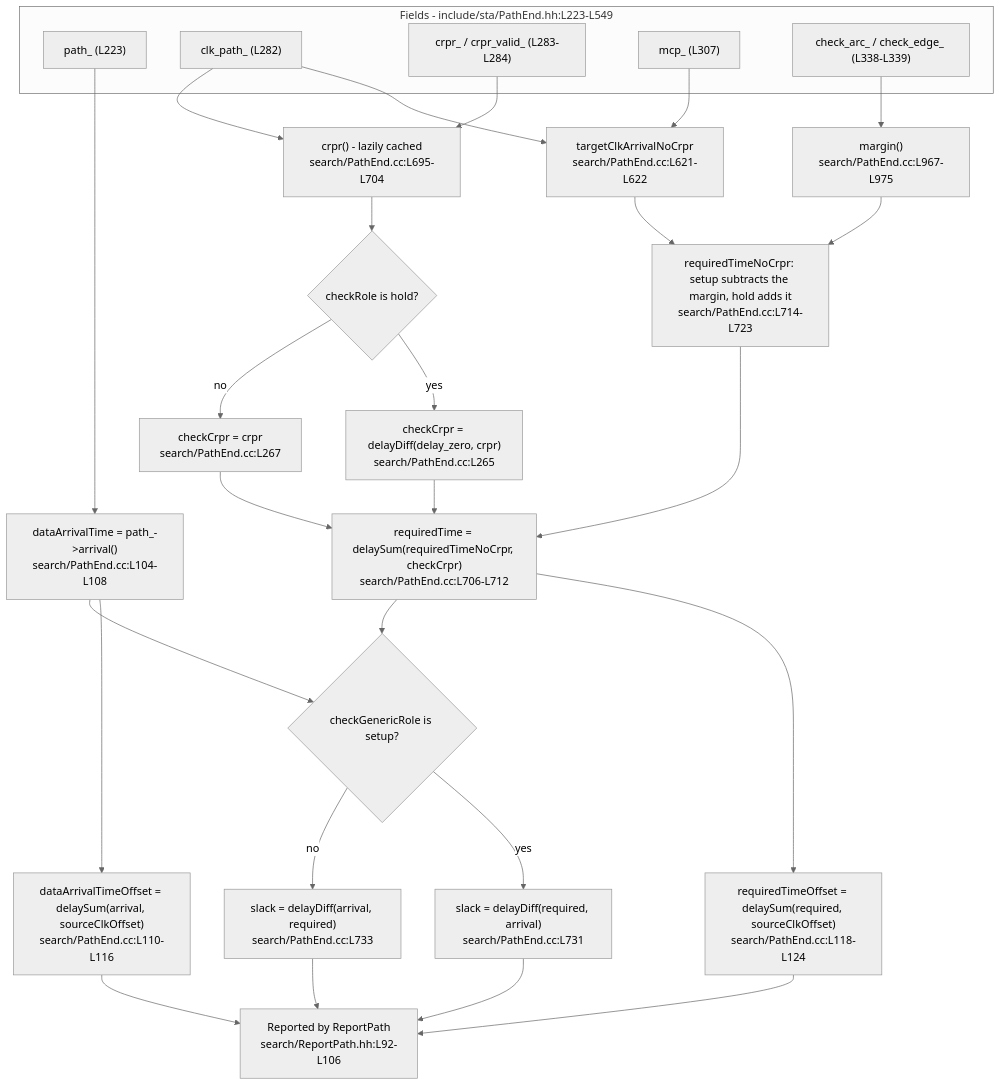
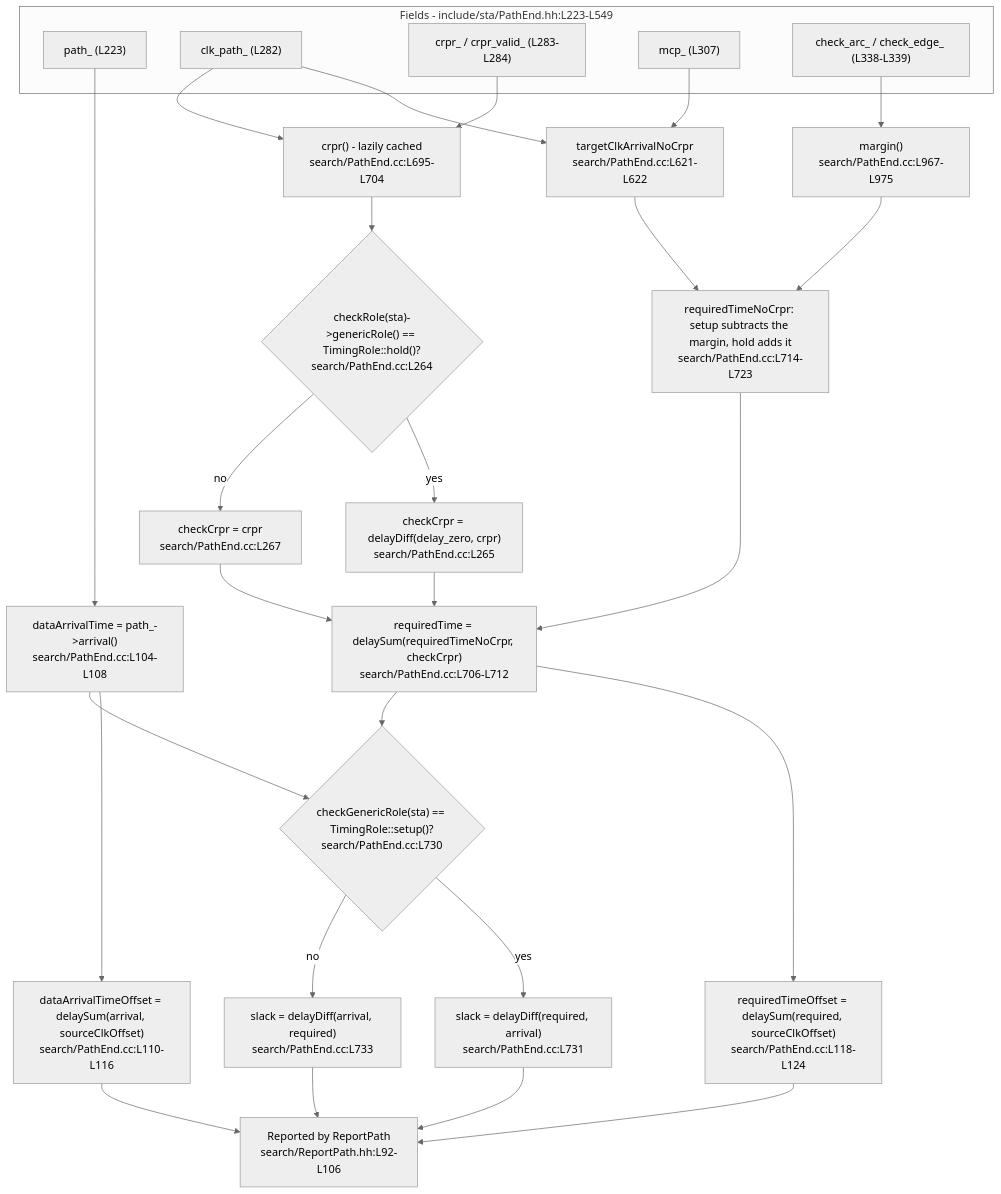
Before and after one commit to blitzy-research/OpenSTA: the fourth of 4 diagrams in search/PathEnd.md, drawn with Mermaid (neutral theme). The commit also changed other lines of this file, not shown here.

First line of the commit message:
Address code review findings in search/PathEnd.md

````diff
--- a/search/PathEnd.md
+++ b/search/PathEnd.md
@@ -951,34 +997,34 @@
 ```mermaid
 flowchart TD
     subgraph fields["Fields - include/sta/PathEnd.hh:L223-L549"]
         P["path_ (L223)"]
         C["clk_path_ (L282)"]
         CR["crpr_ / crpr_valid_ (L283-L284)"]
         M["mcp_ (L307)"]
         A["check_arc_ / check_edge_ (L338-L339)"]
     end
     P --> DA["dataArrivalTime = path_->arrival()<br/>search/PathEnd.cc:L104-L108"]
     DA --> DAO["dataArrivalTimeOffset = delaySum(arrival, sourceClkOffset)<br/>search/PathEnd.cc:L110-L116"]
     C --> TCA["targetClkArrivalNoCrpr<br/>search/PathEnd.cc:L621-L622"]
     M --> TCA
     C --> CRPR["crpr() - lazily cached<br/>search/PathEnd.cc:L695-L704"]
     CR --> CRPR
-    CRPR --> SIGN{"checkRole is hold?"}
+    CRPR --> SIGN{"checkRole(sta)-&gt;genericRole() == TimingRole::hold()?<br/>search/PathEnd.cc:L264"}
     SIGN -->|yes| NEG["checkCrpr = delayDiff(delay_zero, crpr)<br/>search/PathEnd.cc:L265"]
     SIGN -->|no| POS["checkCrpr = crpr<br/>search/PathEnd.cc:L267"]
     A --> MG["margin()<br/>search/PathEnd.cc:L967-L975"]
     TCA --> RTN["requiredTimeNoCrpr: setup subtracts the margin, hold adds it<br/>search/PathEnd.cc:L714-L723"]
     MG --> RTN
     NEG --> RT["requiredTime = delaySum(requiredTimeNoCrpr, checkCrpr)<br/>search/PathEnd.cc:L706-L712"]
     POS --> RT
     RTN --> RT
     RT --> RTO["requiredTimeOffset = delaySum(required, sourceClkOffset)<br/>search/PathEnd.cc:L118-L124"]
-    RT --> SL{"checkGenericRole is setup?"}
+    RT --> SL{"checkGenericRole(sta) == TimingRole::setup()?<br/>search/PathEnd.cc:L730"}
     DA --> SL
     SL -->|yes| S1["slack = delayDiff(required, arrival)<br/>search/PathEnd.cc:L731"]
     SL -->|no| S2["slack = delayDiff(arrival, required)<br/>search/PathEnd.cc:L733"]
     S1 --> RPT["Reported by ReportPath<br/>search/ReportPath.hh:L92-L106"]
     S2 --> RPT
     DAO --> RPT
     RTO --> RPT
 ```
````
